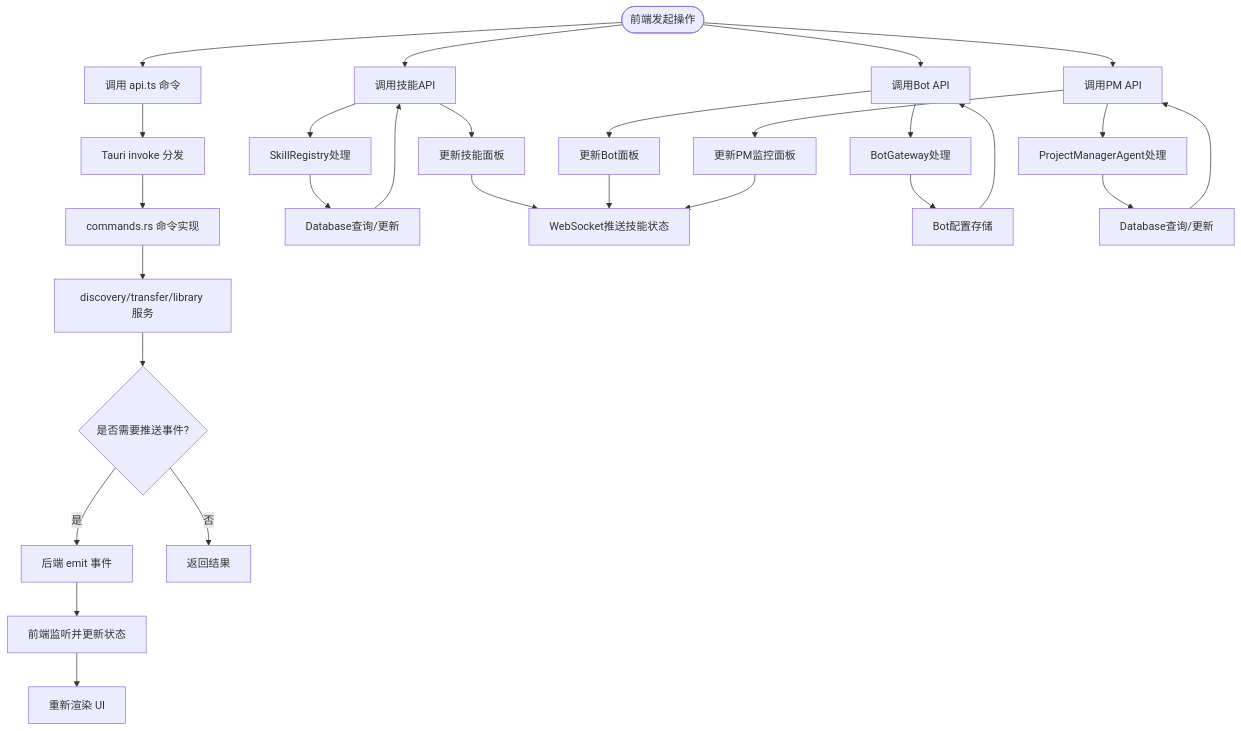
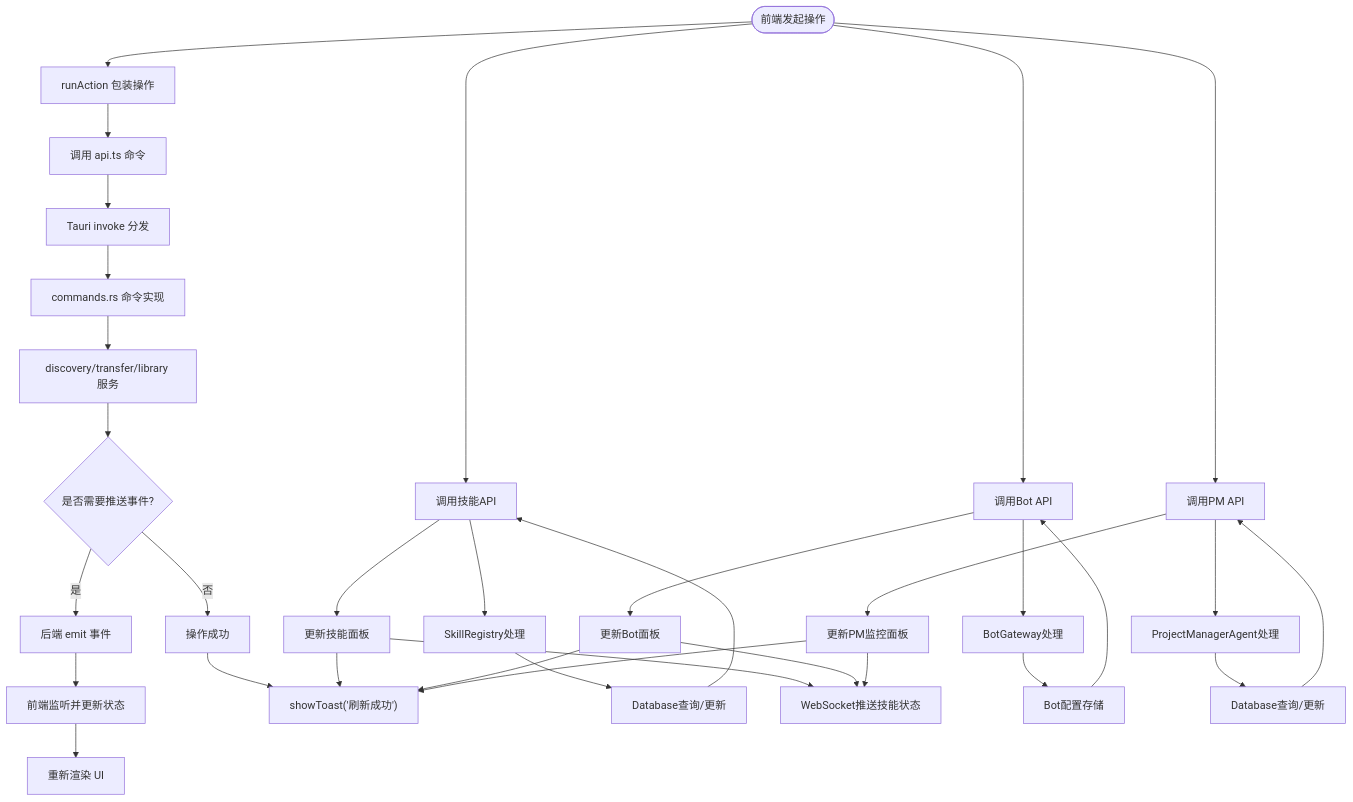
The fourth of 5 diagrams in .qoder/repowiki/zh/content/前端应用架构/前端应用架构.md (targalian/Personal-distributed-workstation), drawn with Mermaid before and after one commit. The commit also changed other lines of this file and 81 other files, not shown here.

````diff
--- a/.qoder/repowiki/zh/content/前端应用架构/前端应用架构.md
+++ b/.qoder/repowiki/zh/content/前端应用架构/前端应用架构.md
@@ -436,30 +465,35 @@
 ```mermaid
 flowchart TD
-Start(["前端发起操作"]) --> Invoke["调用 api.ts 命令"]
+Start(["前端发起操作"]) --> RunAction["runAction 包装操作"]
+RunAction --> Invoke["调用 api.ts 命令"]
 Invoke --> TauriInvoke["Tauri invoke 分发"]
 TauriInvoke --> CmdImpl["commands.rs 命令实现"]
 CmdImpl --> ServiceOps["discovery/transfer/library 服务"]
 ServiceOps --> EmitEvt{"是否需要推送事件?"}
 EmitEvt --> |是| FrontEvt["后端 emit 事件"]
 FrontEvt --> FEListen["前端监听并更新状态"]
-EmitEvt --> |否| Done["返回结果"]
+EmitEvt --> |否| Success["操作成功"]
+Success --> ShowToast["showToast('刷新成功')"]
 FEListen --> Render["重新渲染 UI"]
 Start --> SkillsAPI["调用技能API"]
 SkillsAPI --> SkillRegistry["SkillRegistry处理"]
 SkillRegistry --> SkillDB["Database查询/更新"]
 SkillDB --> SkillsAPI
 SkillsAPI --> SkillsUI["更新技能面板"]
+SkillsUI --> ShowToast
 SkillsUI --> WS["WebSocket推送技能状态"]
 Start --> BotAPI["调用Bot API"]
 BotAPI --> BotGW["BotGateway处理"]
 BotGW --> BotDB["Bot配置存储"]
 BotDB --> BotAPI
 BotAPI --> BotUI["更新Bot面板"]
+BotUI --> ShowToast
 BotUI --> WS
 Start --> PMAPI["调用PM API"]
 PMAPI --> PMAgent["ProjectManagerAgent处理"]
 PMAgent --> PMDB["Database查询/更新"]
 PMDB --> PMAPI
 PMAPI --> PMUI["更新PM监控面板"]
+PMUI --> ShowToast
 PMUI --> WS
 ```
````
